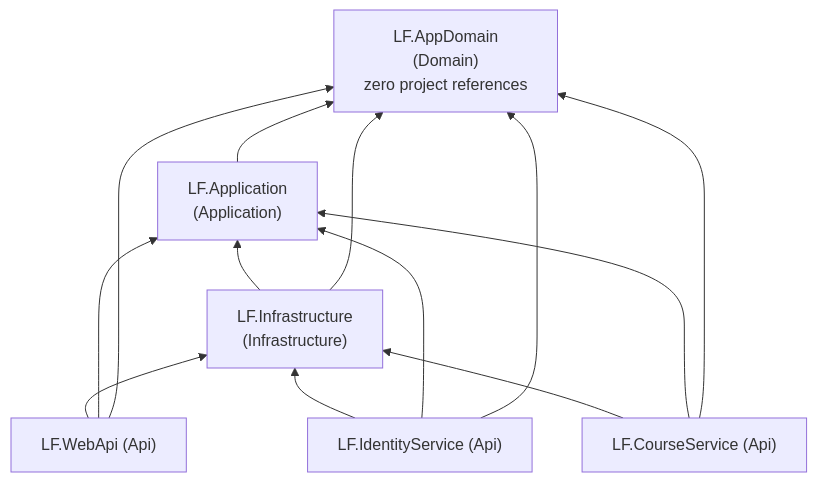
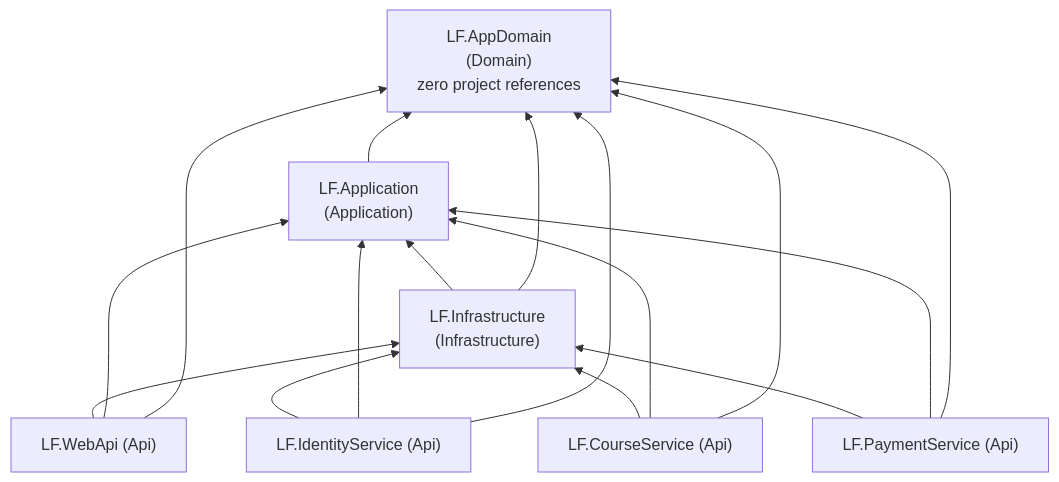
One commit to TopTuK/LeanForgeLMS changed the second of 2 diagrams in README.md. Above: the diagram before and after it, drawn with Mermaid. The commit also changed other lines of this file and 71 other files, not shown here.

Commit message:
Support Sentry and Payment Service

````diff
--- a/README.md
+++ b/README.md
@@ -57,22 +64,26 @@
 ```mermaid
 graph BT
     Domain["LF.AppDomain<br/>(Domain)<br/>zero project references"]
     App["LF.Application<br/>(Application)"]
     Infra["LF.Infrastructure<br/>(Infrastructure)"]
     WebApi["LF.WebApi (Api)"]
     IdentitySvc["LF.IdentityService (Api)"]
     CourseSvc["LF.CourseService (Api)"]
+    PaymentSvc["LF.PaymentService (Api)"]
 
     App --> Domain
     Infra --> App
     Infra --> Domain
     WebApi --> Infra
     WebApi --> App
     WebApi --> Domain
     IdentitySvc --> Infra
     IdentitySvc --> App
     IdentitySvc --> Domain
     CourseSvc --> Infra
     CourseSvc --> App
     CourseSvc --> Domain
+    PaymentSvc --> Infra
+    PaymentSvc --> App
+    PaymentSvc --> Domain
 ```
````
